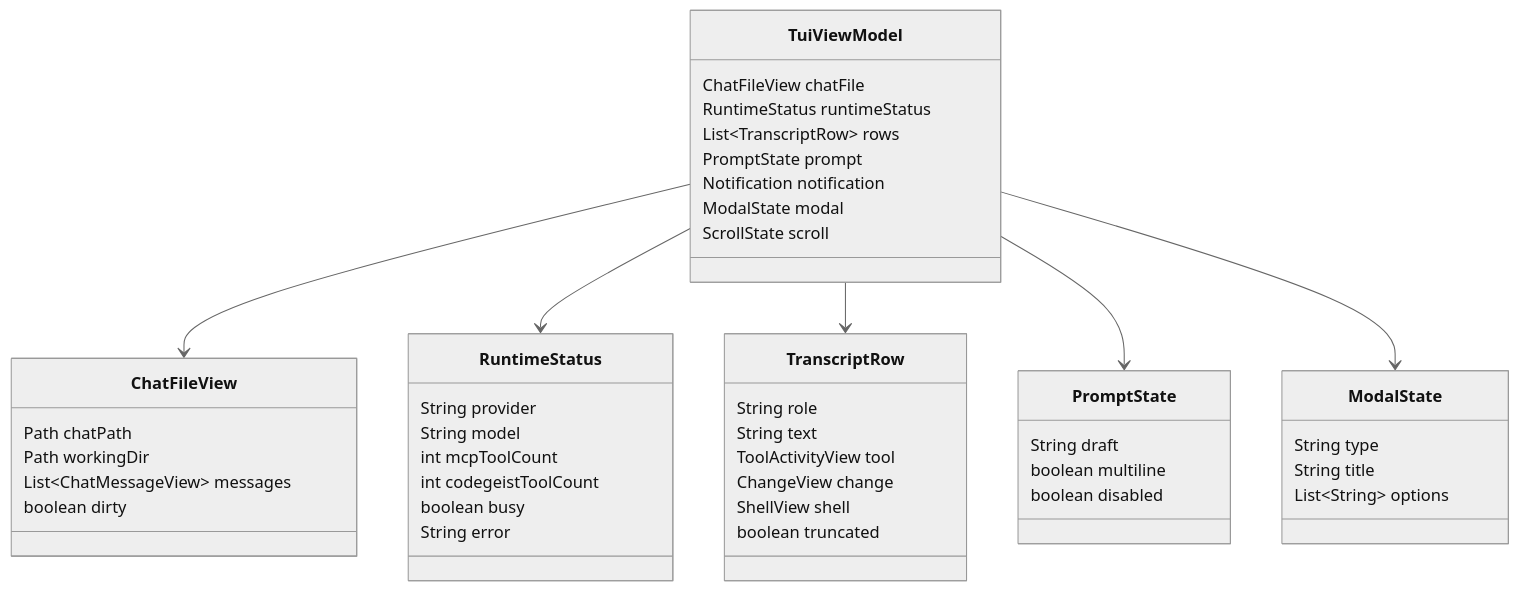
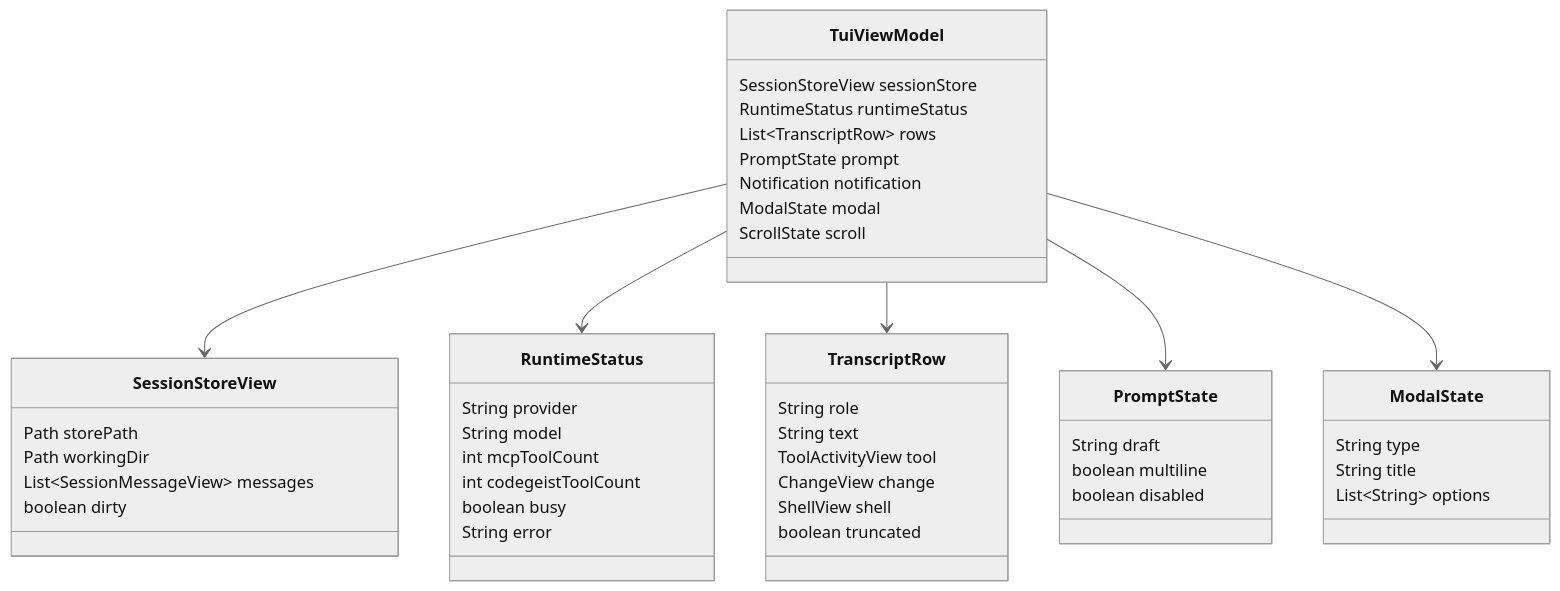
The second of 2 diagrams in docs/tasks/T007_build-codegeist-runtime-harness/tui-opencode-jline-mapping.md (codegeist-ai/codegeist), drawn with Mermaid (neutral theme) before and after one commit. The commit also changed other lines of this file and 22 other files, not shown here.

````diff
--- a/docs/tasks/T007_build-codegeist-runtime-harness/tui-opencode-jline-mapping.md
+++ b/docs/tasks/T007_build-codegeist-runtime-harness/tui-opencode-jline-mapping.md
@@ -138,55 +144,55 @@
 ```mermaid
 classDiagram
     class TuiViewModel {
-      ChatFileView chatFile
+      SessionStoreView sessionStore
       RuntimeStatus runtimeStatus
       List~TranscriptRow~ rows
       PromptState prompt
       Notification notification
       ModalState modal
       ScrollState scroll
     }
 
-    class ChatFileView {
-      Path chatPath
+    class SessionStoreView {
+      Path storePath
       Path workingDir
-      List~ChatMessageView~ messages
+      List~SessionMessageView~ messages
       boolean dirty
     }
 
     class RuntimeStatus {
       String provider
       String model
       int mcpToolCount
       int codegeistToolCount
       boolean busy
       String error
     }
 
     class TranscriptRow {
       String role
       String text
       ToolActivityView tool
       ChangeView change
       ShellView shell
       boolean truncated
     }
 
     class PromptState {
       String draft
       boolean multiline
       boolean disabled
     }
 
     class ModalState {
       String type
       String title
       List~String~ options
     }
 
-    TuiViewModel --> ChatFileView
+    TuiViewModel --> SessionStoreView
     TuiViewModel --> RuntimeStatus
     TuiViewModel --> TranscriptRow
     TuiViewModel --> PromptState
     TuiViewModel --> ModalState
 ```
````
